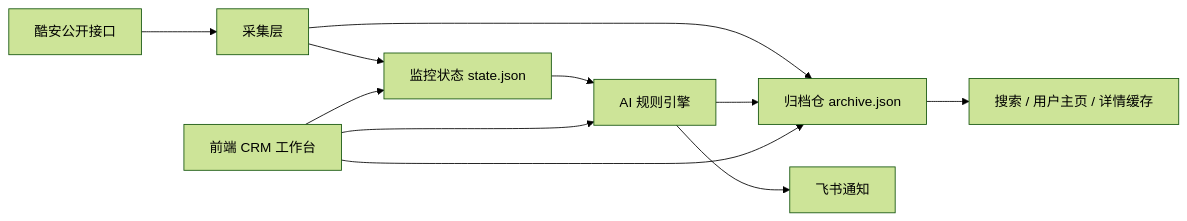
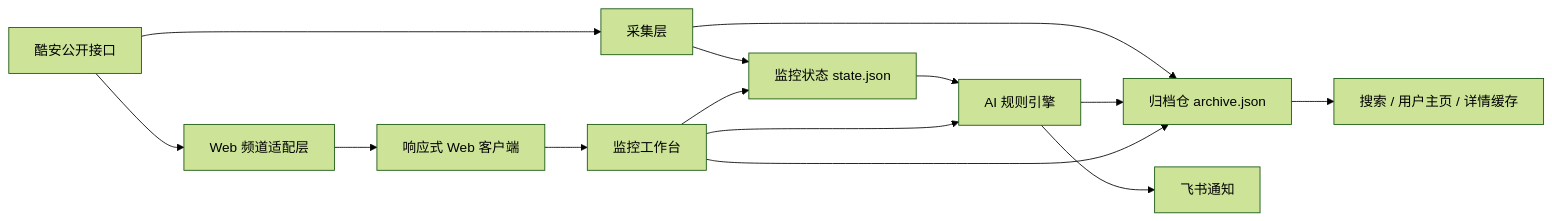
Before and after one commit to 965163757/coolapk-topic-monitor: the diagram in docs/architecture.md, drawn with Mermaid (forest theme). The commit also changed other lines of this file and 11 other files, not shown here.

````diff
--- a/docs/architecture.md
+++ b/docs/architecture.md
@@ -7,13 +7,16 @@
 ```mermaid
 flowchart LR
   A[酷安公开接口] --> B[采集层]
+  A --> W[Web 频道适配层]
+  W --> U[响应式 Web 客户端]
   B --> C[监控状态 state.json]
   B --> D[归档仓 archive.json]
   D --> E[搜索 / 用户主页 / 详情缓存]
   C --> F[AI 规则引擎]
   F --> D
   F --> G[飞书通知]
-  H[前端 CRM 工作台] --> C
+  U --> H[监控工作台]
+  H --> C
   H --> D
   H --> F
 ```
````
